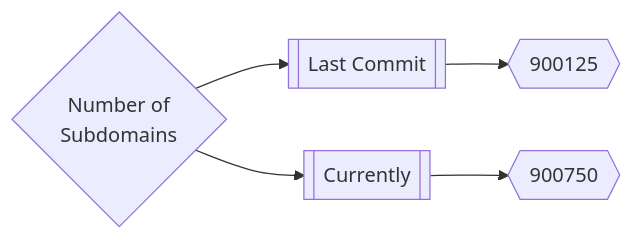
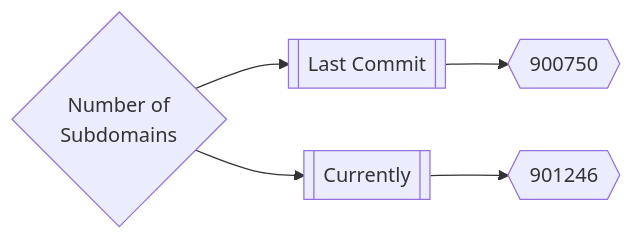
One commit to trickest/inventory changed the first of 3 diagrams in README.md. Above: the diagram before and after it, drawn with Mermaid. The commit also changed other lines of this file, not shown here.

Commit message:
Update README.md Sat Jul  9 21:51:19 UTC 2022

````diff
--- a/README.md
+++ b/README.md
@@ -167,5 +167,5 @@
 ```mermaid
 graph LR
-title{Number of<br>Subdomains} --> subdomainsDate1[[Last Commit]] --> subdomainsNum1{{900125}}
-title --> subdomainsDate2[[Currently]] --> subdomainsNum2{{900750}}
+title{Number of<br>Subdomains} --> subdomainsDate1[[Last Commit]] --> subdomainsNum1{{900750}}
+title --> subdomainsDate2[[Currently]] --> subdomainsNum2{{901246}}
 ```
````
